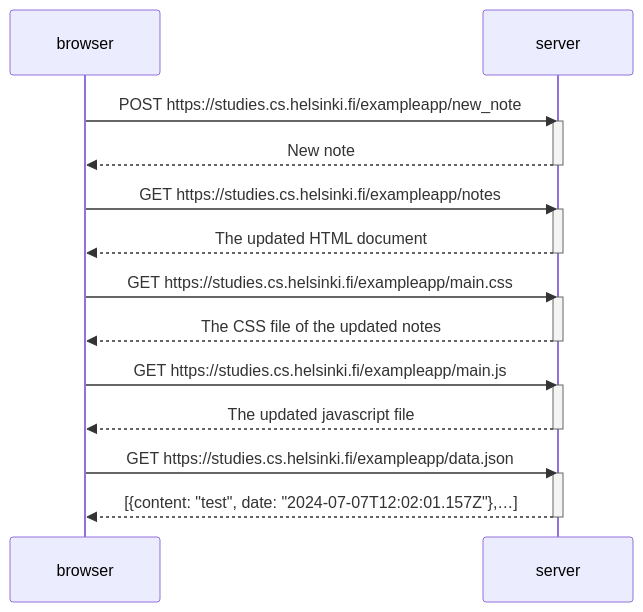
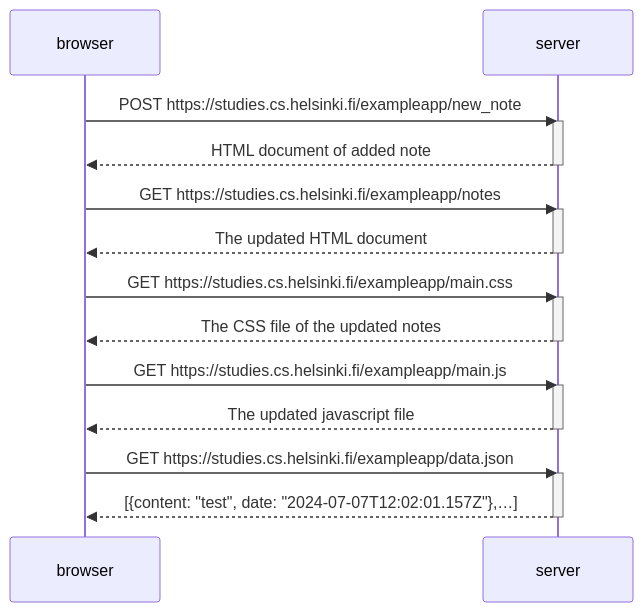
The diagram in part0.4NewNoteDiagram.md (Ann-Njuki/Part-0), drawn with Mermaid before and after one commit.

Commit message:
part0.4NewNoteDiagram.md

````diff
--- a/part0.4NewNoteDiagram.md
+++ b/part0.4NewNoteDiagram.md
@@ -1,32 +1,32 @@
 ```mermaid
 sequenceDiagram
   participant browser as browser
   participant server as server
 
   browser ->> server: POST https://studies.cs.helsinki.fi/exampleapp/new_note
   activate server
-  server -->> browser: New note
+  server -->> browser: HTML document of added note
   deactivate server
 
 
   browser->>server:GET https://studies.cs.helsinki.fi/exampleapp/notes
   activate server
   server-->>browser:The updated HTML document
   deactivate server
 
   browser->>server:GET https://studies.cs.helsinki.fi/exampleapp/main.css
   activate server
   server-->>browser: The CSS file of the updated notes
   deactivate server
 
   browser->>server:GET https://studies.cs.helsinki.fi/exampleapp/main.js
   activate server
   server-->>browser: The updated javascript file
   deactivate server
 
   browser->>server:GET https://studies.cs.helsinki.fi/exampleapp/data.json
   activate server
   server-->>browser: [{content: "test", date: "2024-07-07T12:02:01.157Z"},…]
   deactivate server
 
 ```
````
